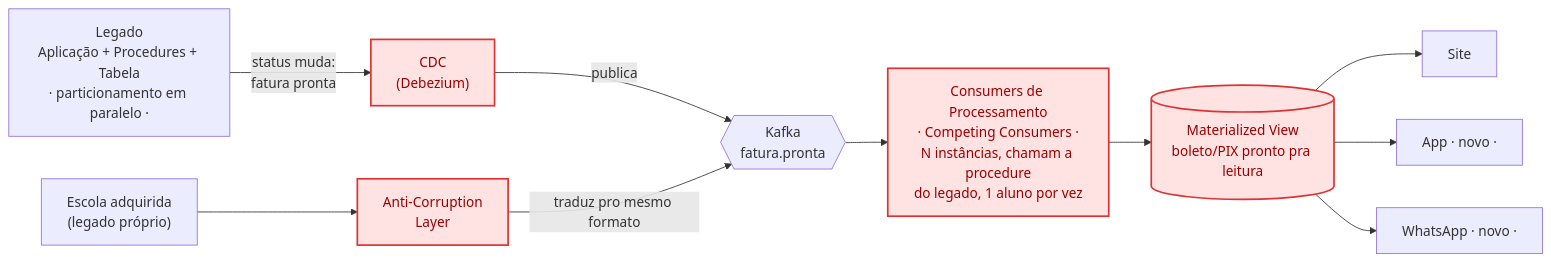
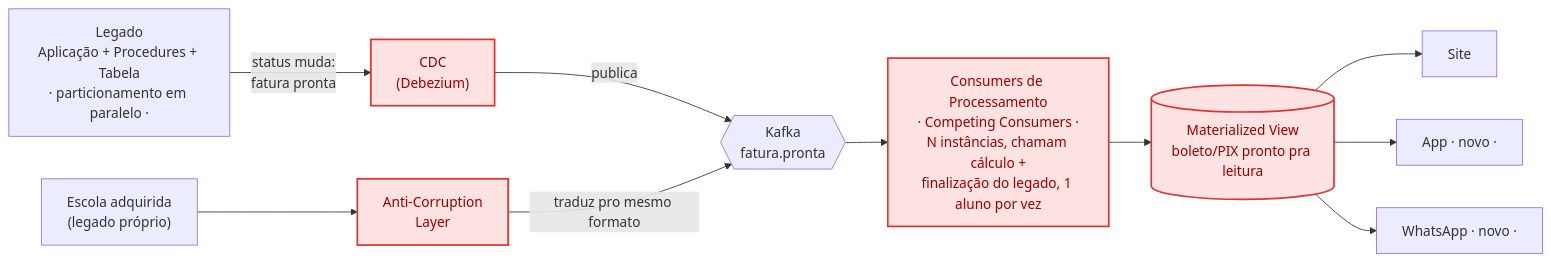
The diagram in diagramas/02-arquitetura-proposta.md (lealnetosena/colegio-leal), drawn with Mermaid before and after one commit. The commit also changed other lines of this file and 1 other file, not shown here.

Commit message:
fix: corrige erro logico grave - sao 2 procedures diferentes (calculo e finalizacao), nao a mesma rodando de novo
Claude-Session: https://claude.ai/code/session_01BL6n3JQDg8pjYDM6C6mbVF

````diff
--- a/diagramas/02-arquitetura-proposta.md
+++ b/diagramas/02-arquitetura-proposta.md
@@ -6,16 +6,16 @@
 ```mermaid
 flowchart LR
     LEG["Legado<br/>Aplicação + Procedures + Tabela<br/>· particionamento em paralelo ·"] -->|"status muda:<br/>fatura pronta"| CDC["CDC<br/>(Debezium)"]
     CDC -->|"publica"| KAFKA{{"Kafka<br/>fatura.pronta"}}
-    KAFKA --> CONS["Consumers de Processamento<br/>· Competing Consumers ·<br/>N instâncias, chamam a procedure<br/>do legado, 1 aluno por vez"]
+    KAFKA --> CONS["Consumers de Processamento<br/>· Competing Consumers ·<br/>N instâncias, chamam cálculo +<br/>finalização do legado, 1 aluno por vez"]
     CONS --> MV[("Materialized View<br/>boleto/PIX pronto pra leitura")]
     MV --> SITE["Site"]
     MV --> APP["App · novo ·"]
     MV --> WA["WhatsApp · novo ·"]
 
     ESC2["Escola adquirida<br/>(legado próprio)"] --> ACL["Anti-Corruption<br/>Layer"]
     ACL -->|"traduz pro mesmo formato"| KAFKA
 
     classDef novo fill:#ffe3e3,stroke:#d33,color:#900,stroke-width:2px
     class CDC,CONS,MV,ACL novo
 ```
````
